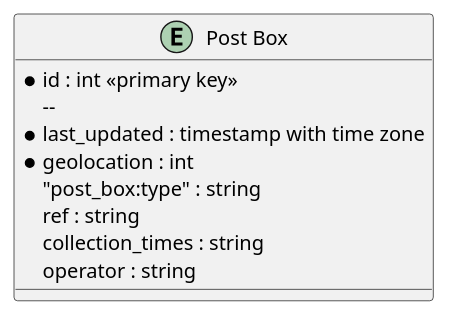
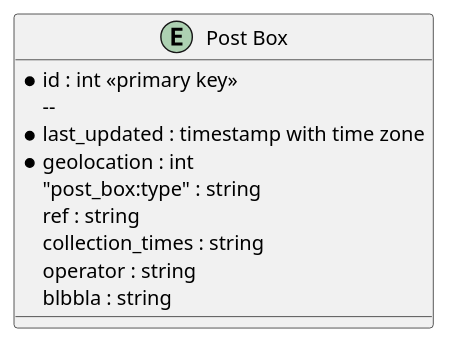
Before and after one commit to SK53/plantuml_test: the diagram in assets/postbox0.iuml, drawn with PlantUML.

Commit message:
add text attribute

```diff
--- a/assets/postbox0.iuml
+++ b/assets/postbox0.iuml
@@ -1,16 +1,17 @@
 @startuml
 
 
 entity "Post Box" as amenity=post_box {
 
   *id : int <<primary key>>
   --
   *last_updated : timestamp with time zone
   *geolocation : int
  "post_box:type" : string
   ref : string
   collection_times : string
   operator : string
+  blbbla : string
 }
 
 @enduml
```
